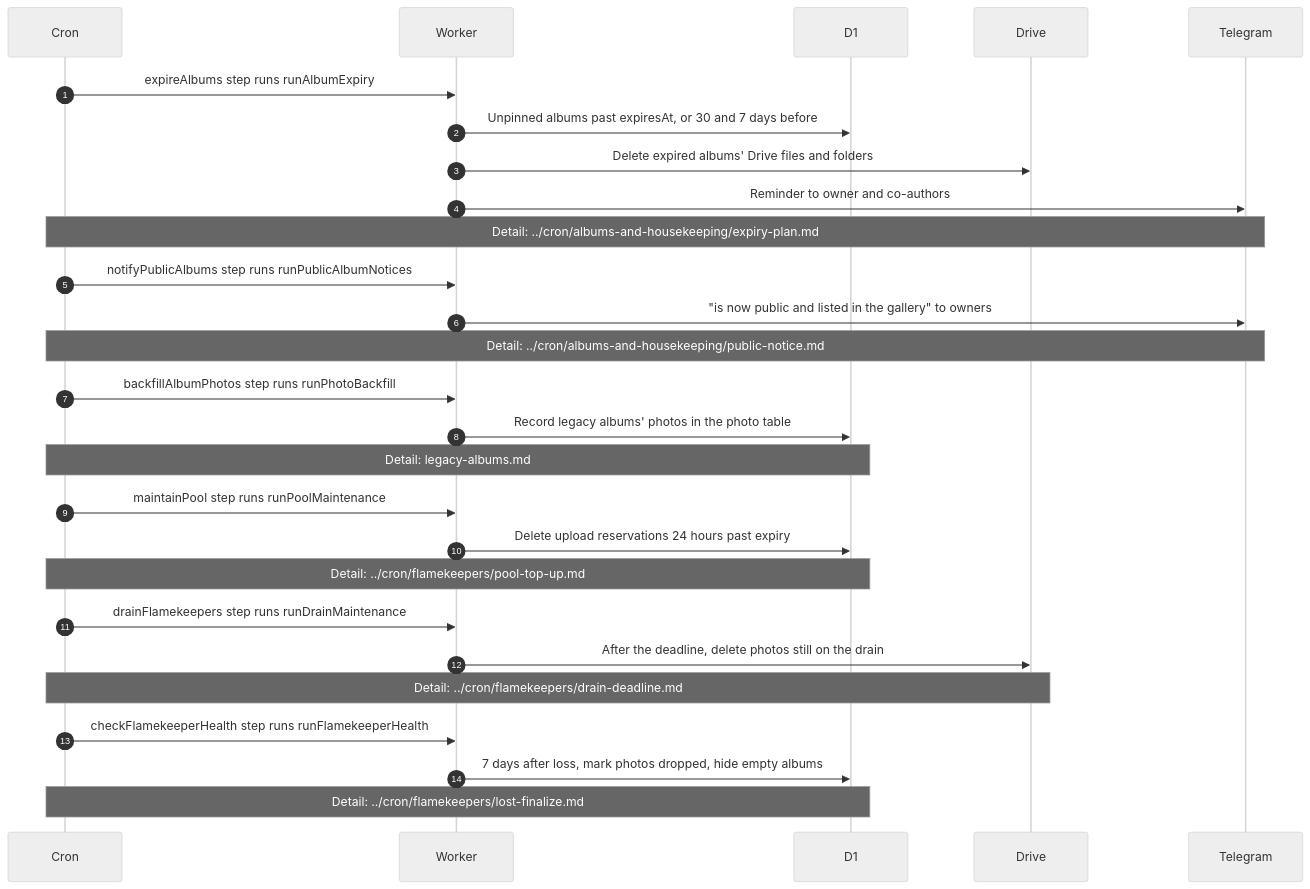
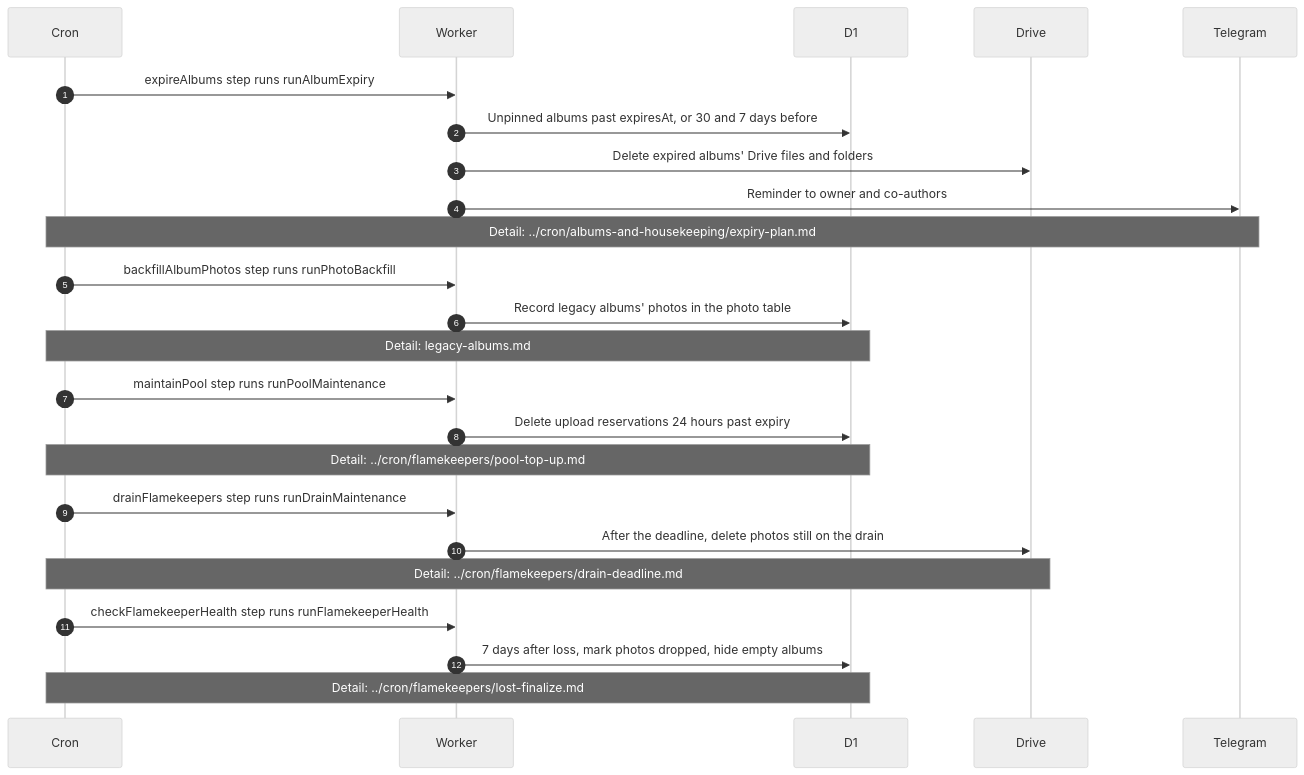
Before and after one commit to sagyzdop/meriksirat: the diagram in docs/scenarios/albums/background-handoffs.md, drawn with Mermaid (neutral theme). The commit also changed other lines of this file and 31 other files, not shown here.

````diff
--- a/docs/scenarios/albums/background-handoffs.md
+++ b/docs/scenarios/albums/background-handoffs.md
@@ -16,29 +15,26 @@
 ```mermaid
 sequenceDiagram
     autonumber
     participant C as Cron
     participant W as Worker
     participant D as D1
     participant G as Drive
     participant T as Telegram
     C->>W: expireAlbums step runs runAlbumExpiry
     W->>D: Unpinned albums past expiresAt, or 30 and 7 days before
     W->>G: Delete expired albums' Drive files and folders
     W->>T: Reminder to owner and co-authors
     Note over C,T: Detail: ../cron/albums-and-housekeeping/expiry-plan.md
-    C->>W: notifyPublicAlbums step runs runPublicAlbumNotices
-    W->>T: "is now public and listed in the gallery" to owners
-    Note over C,T: Detail: ../cron/albums-and-housekeeping/public-notice.md
     C->>W: backfillAlbumPhotos step runs runPhotoBackfill
     W->>D: Record legacy albums' photos in the photo table
     Note over C,D: Detail: legacy-albums.md
     C->>W: maintainPool step runs runPoolMaintenance
     W->>D: Delete upload reservations 24 hours past expiry
     Note over C,D: Detail: ../cron/flamekeepers/pool-top-up.md
     C->>W: drainFlamekeepers step runs runDrainMaintenance
     W->>G: After the deadline, delete photos still on the drain
     Note over C,G: Detail: ../cron/flamekeepers/drain-deadline.md
     C->>W: checkFlamekeeperHealth step runs runFlamekeeperHealth
     W->>D: 7 days after loss, mark photos dropped, hide empty albums
     Note over C,D: Detail: ../cron/flamekeepers/lost-finalize.md
 ```
````
